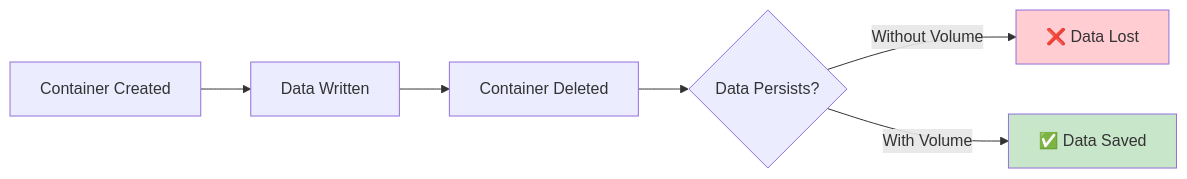
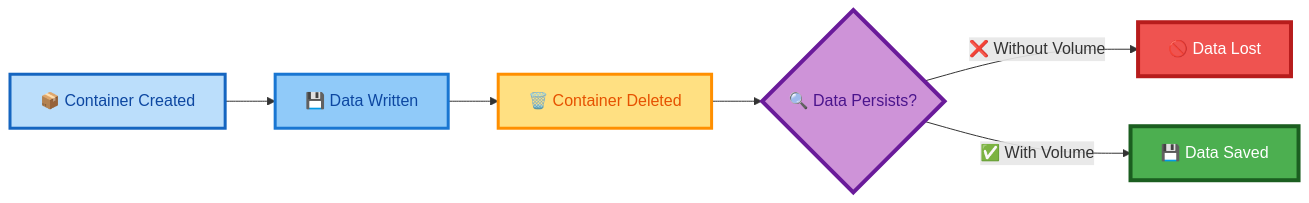
The sixth of 9 diagrams in README.md (social9009/Docker-Notes), drawn with Mermaid before and after one commit. The commit also changed other lines of this file, not shown here.

````diff
--- a/README.md
+++ b/README.md
@@ -504,11 +570,19 @@
 ```mermaid
-graph LR
-    A[Container Created] --> B[Data Written]
-    B --> C[Container Deleted]
-    C --> D{Data Persists?}
-    D -->|Without Volume| E[❌ Data Lost]
-    D -->|With Volume| F[✅ Data Saved]
-    
-    style E fill:#ffcdd2
-    style F fill:#c8e6c9
+flowchart LR
+
+A["📦 Container Created"] --> B["💾 Data Written"]
+B --> C["🗑️ Container Deleted"]
+C --> D{"🔍 Data Persists?"}
+
+D -->|"❌ Without Volume"| E["🚫 Data Lost"]
+D -->|"✅ With Volume"| F["💾 Data Saved"]
+
+style A fill:#bbdefb,color:#0d47a1,stroke:#1565c0,stroke-width:3px
+style B fill:#90caf9,color:#0d47a1,stroke:#1976d2,stroke-width:3px
+style C fill:#ffe082,color:#e65100,stroke:#ff8f00,stroke-width:3px
+
+style D fill:#ce93d8,color:#4a148c,stroke:#6a1b9a,stroke-width:4px
+
+style E fill:#ef5350,color:#ffffff,stroke:#b71c1c,stroke-width:4px
+style F fill:#4caf50,color:#ffffff,stroke:#1b5e20,stroke-width:4px
 ```
````
